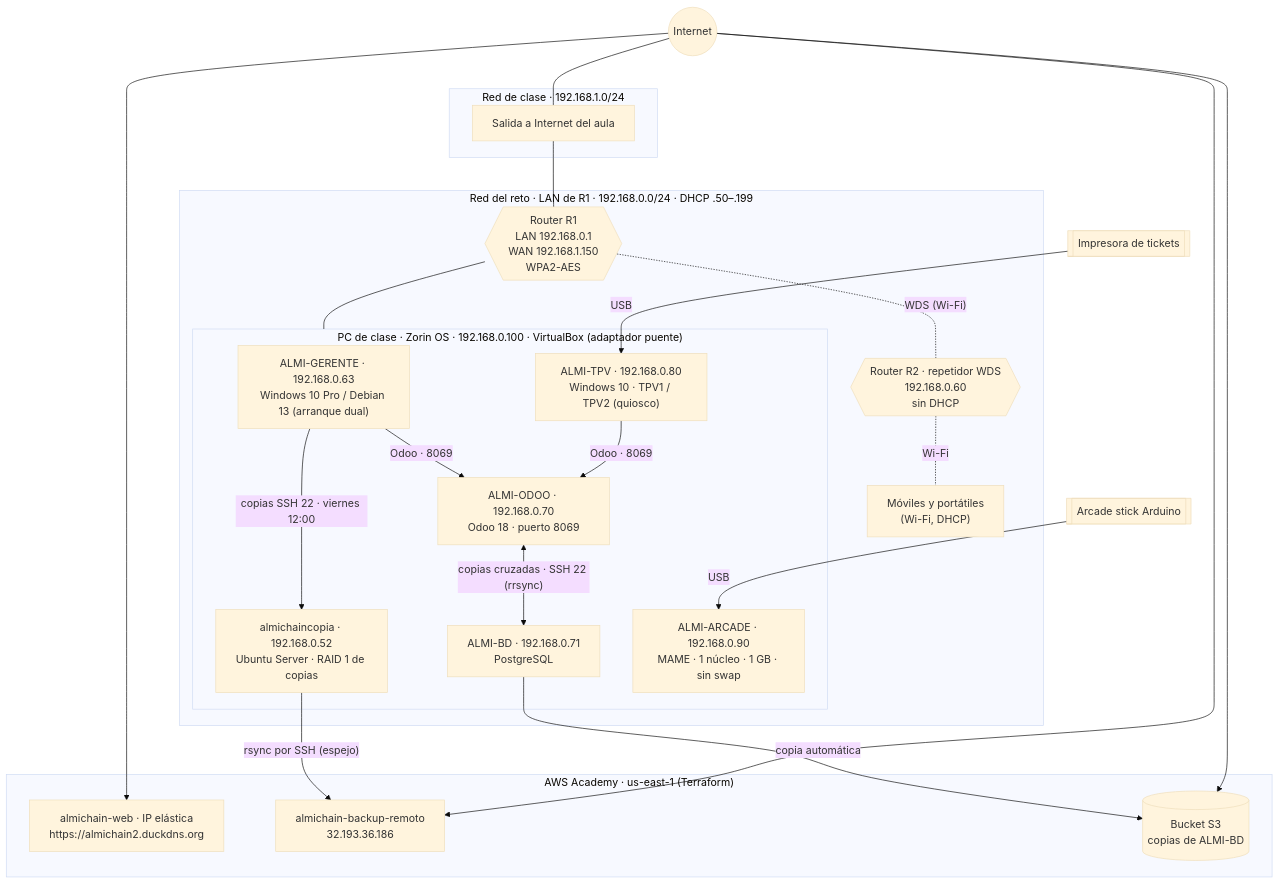
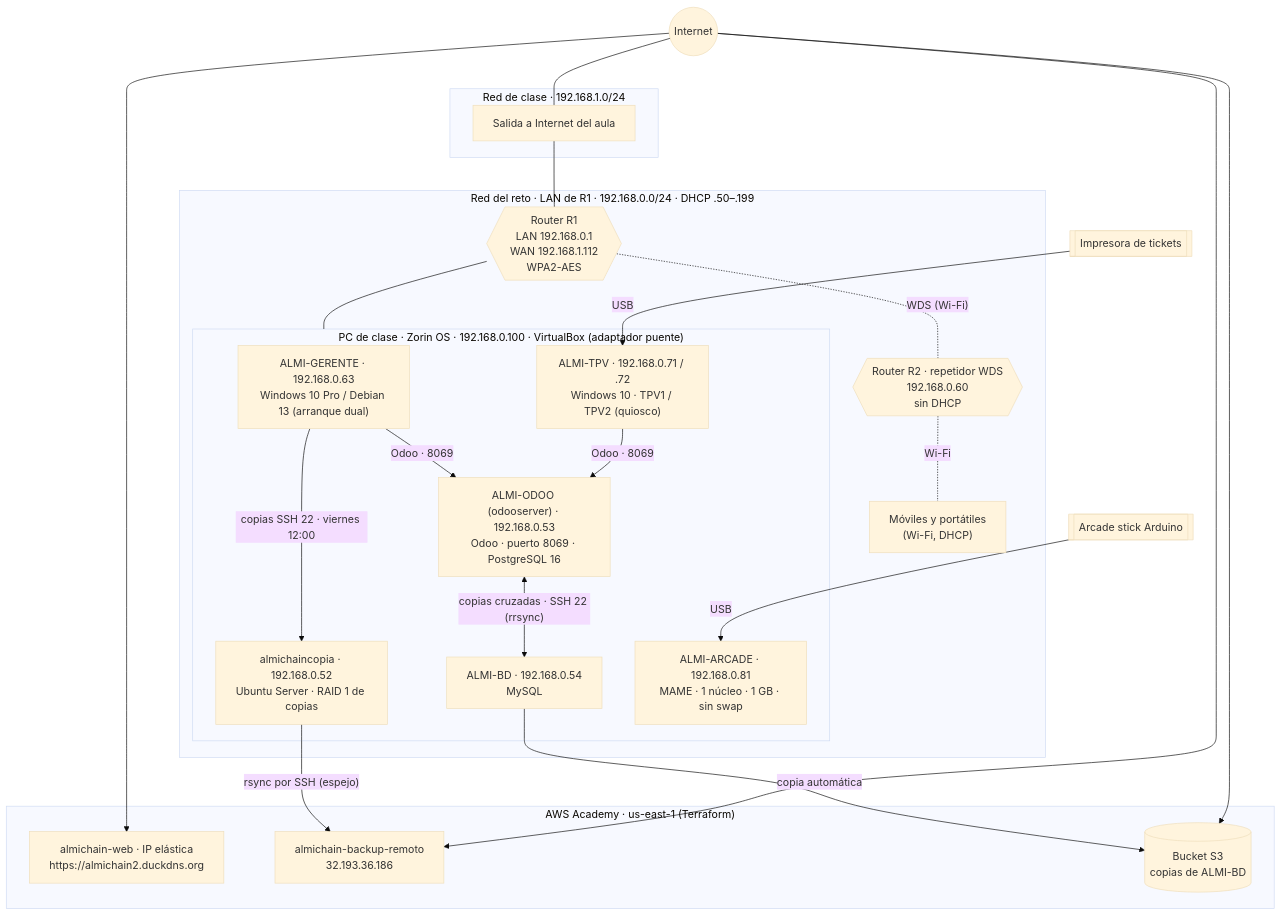
Before and after one commit to krako829/almichain-reto1: the diagram in diagramas/arquitectura-global.mmd, drawn with Mermaid (base theme). The commit also changed 41 other files, not shown here.

```diff
--- a/diagramas/arquitectura-global.mmd
+++ b/diagramas/arquitectura-global.mmd
@@ -1,38 +1,38 @@
 flowchart TB
   INET(("Internet"))
   subgraph CLASE["Red de clase · 192.168.1.0/24"]
     GWC["Salida a Internet del aula"]
   end
   subgraph LAN["Red del reto · LAN de R1 · 192.168.0.0/24 · DHCP .50–.199"]
-    R1{{"Router R1<br/>LAN 192.168.0.1<br/>WAN 192.168.1.150<br/>WPA2-AES"}}
+    R1{{"Router R1<br/>LAN 192.168.0.1<br/>WAN 192.168.1.112<br/>WPA2-AES"}}
     R2{{"Router R2 · repetidor WDS<br/>192.168.0.60<br/>sin DHCP"}}
     subgraph PCC["PC de clase · Zorin OS · 192.168.0.100 · VirtualBox (adaptador puente)"]
       GER["ALMI-GERENTE · 192.168.0.63<br/>Windows 10 Pro / Debian 13 (arranque dual)"]
       COP["almichaincopia · 192.168.0.52<br/>Ubuntu Server · RAID 1 de copias"]
-      TPV["ALMI-TPV · 192.168.0.80<br/>Windows 10 · TPV1 / TPV2 (quiosco)"]
-      ODOO["ALMI-ODOO · 192.168.0.70<br/>Odoo 18 · puerto 8069"]
-      BD["ALMI-BD · 192.168.0.71<br/>PostgreSQL"]
-      ARC["ALMI-ARCADE · 192.168.0.90<br/>MAME · 1 núcleo · 1 GB · sin swap"]
+      TPV["ALMI-TPV · 192.168.0.71 / .72<br/>Windows 10 · TPV1 / TPV2 (quiosco)"]
+      ODOO["ALMI-ODOO (odooserver) · 192.168.0.53<br/>Odoo · puerto 8069 · PostgreSQL 16"]
+      BD["ALMI-BD · 192.168.0.54<br/>MySQL"]
+      ARC["ALMI-ARCADE · 192.168.0.81<br/>MAME · 1 núcleo · 1 GB · sin swap"]
     end
     MOV["Móviles y portátiles<br/>(Wi-Fi, DHCP)"]
   end
   subgraph AWS["AWS Academy · us-east-1 (Terraform)"]
     WEB["almichain-web · IP elástica<br/>https://almichain2.duckdns.org"]
     REM["almichain-backup-remoto<br/>32.193.36.186"]
     S3[("Bucket S3<br/>copias de ALMI-BD")]
   end
   IMP[["Impresora de tickets"]] -- USB --> TPV
   STK[["Arcade stick Arduino"]] -- USB --> ARC
   INET --- GWC --- R1
   R1 -. "WDS (Wi-Fi)" .- R2
   R2 -. Wi-Fi .- MOV
   R1 --- PCC
   GER -- "Odoo · 8069" --> ODOO
   TPV -- "Odoo · 8069" --> ODOO
   ODOO <-- "copias cruzadas · SSH 22 (rrsync)" --> BD
   BD -- "copia automática" --> S3
   GER -- "copias SSH 22 · viernes 12:00" --> COP
   COP -- "rsync por SSH (espejo)" --> REM
   INET --> WEB
   INET --> REM
   INET --> S3
```
